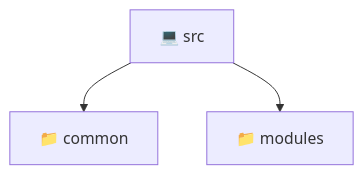
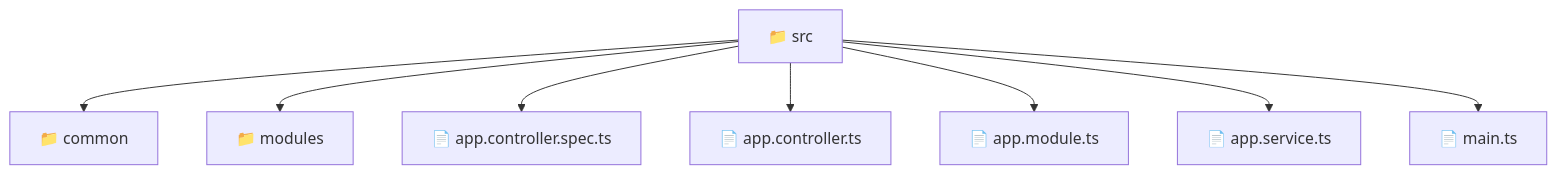
Before and after one commit to beginwebdev2002/fullstack-mavluda: the diagram in backend/src/README.md, drawn with Mermaid. The commit also changed other lines of this file and 157 other files, not shown here.

````diff
--- a/backend/src/README.md
+++ b/backend/src/README.md
@@ -9,6 +9,11 @@
 ```mermaid
 graph TD
-  Root["💻 src"]
+  Root["📁 src"]
   Root --> common["📁 common"]
   Root --> modules["📁 modules"]
+  Root --> app_controller_spec_ts["📄 app.controller.spec.ts"]
+  Root --> app_controller_ts["📄 app.controller.ts"]
+  Root --> app_module_ts["📄 app.module.ts"]
+  Root --> app_service_ts["📄 app.service.ts"]
+  Root --> main_ts["📄 main.ts"]
 ```
````
